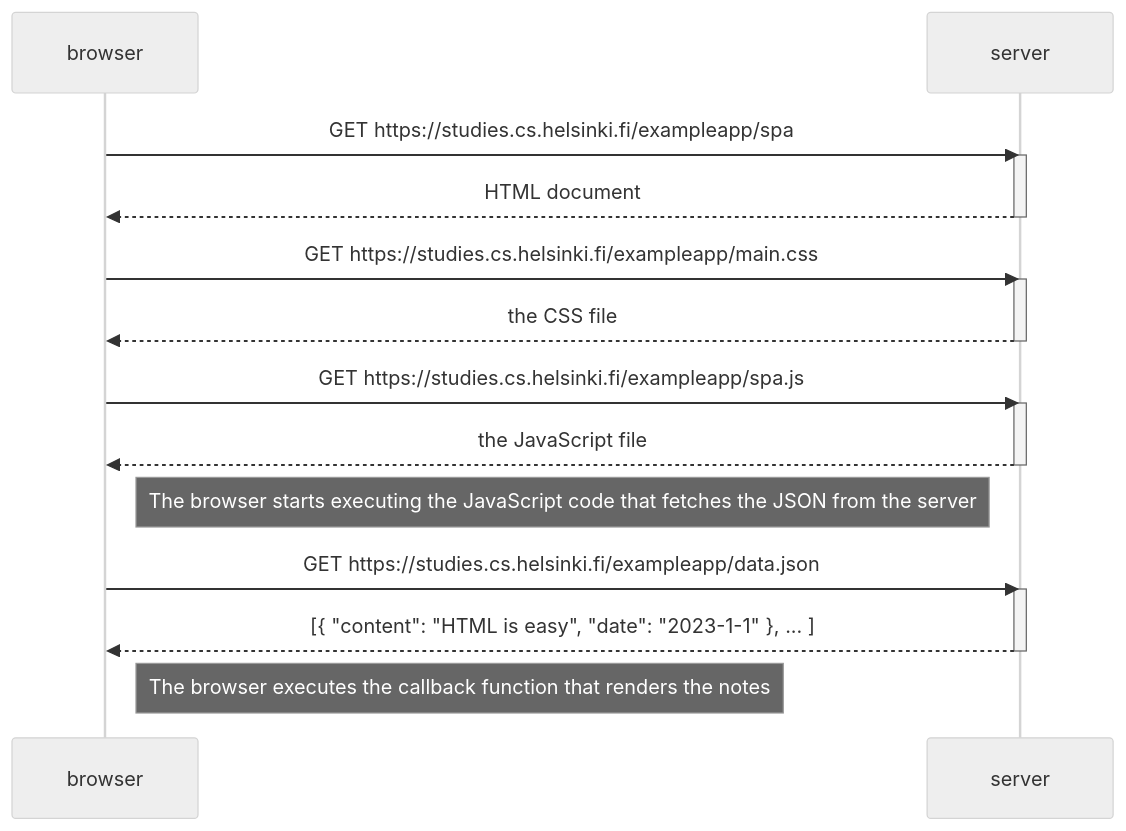
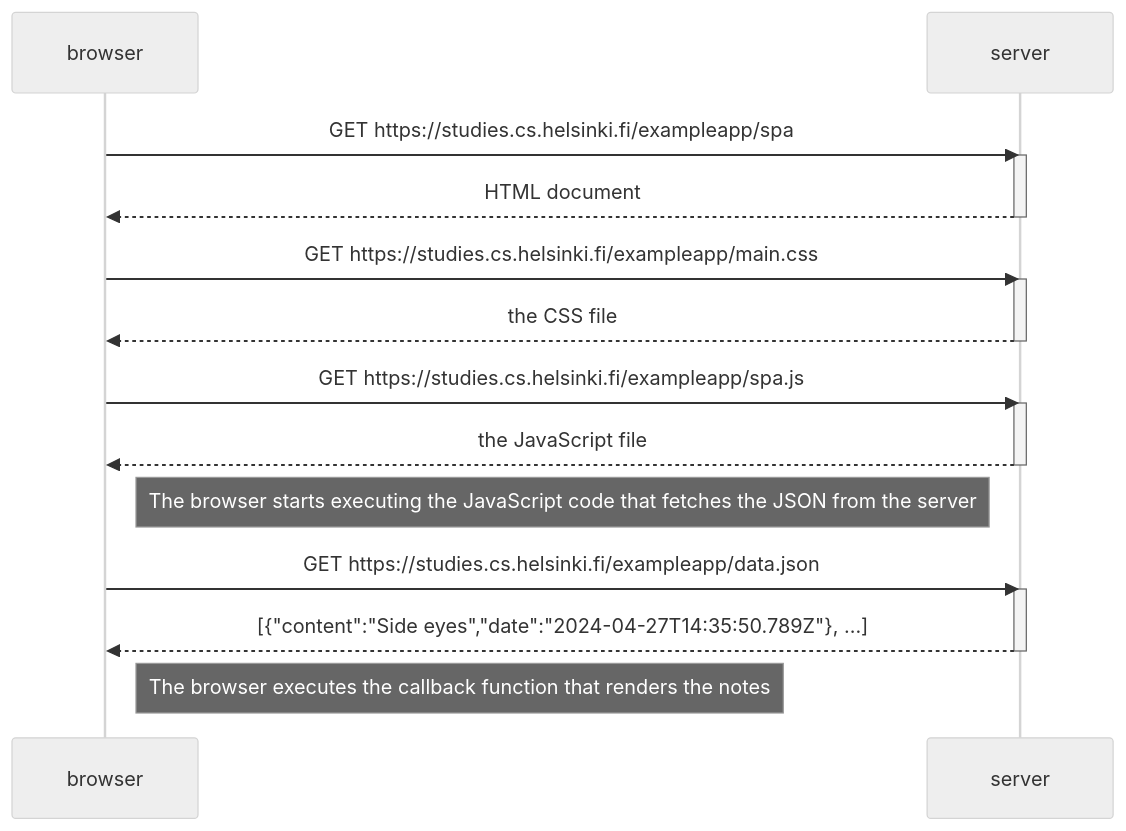
Before and after one commit to Hraby/fullstackopen: the diagram in part0/5/spa.mmd, drawn with Mermaid (neutral theme).

Commit message:
hotfix: part0.5

```diff
--- a/part0/5/spa.mmd
+++ b/part0/5/spa.mmd
@@ -1,27 +1,27 @@
 sequenceDiagram
     participant browser
     participant server
 
     browser->>server: GET https://studies.cs.helsinki.fi/exampleapp/spa
     activate server
     server-->>browser: HTML document
     deactivate server
 
     browser->>server: GET https://studies.cs.helsinki.fi/exampleapp/main.css
     activate server
     server-->>browser: the CSS file
     deactivate server
 
     browser->>server: GET https://studies.cs.helsinki.fi/exampleapp/spa.js
     activate server
     server-->>browser: the JavaScript file
     deactivate server
 
     Note right of browser: The browser starts executing the JavaScript code that fetches the JSON from the server
 
     browser->>server: GET https://studies.cs.helsinki.fi/exampleapp/data.json
     activate server
-    server-->>browser: [{ "content": "HTML is easy", "date": "2023-1-1" }, ... ]
+    server-->>browser: [{"content":"Side eyes","date":"2024-04-27T14:35:50.789Z"}, ...]
     deactivate server
 
     Note right of browser: The browser executes the callback function that renders the notes
```
